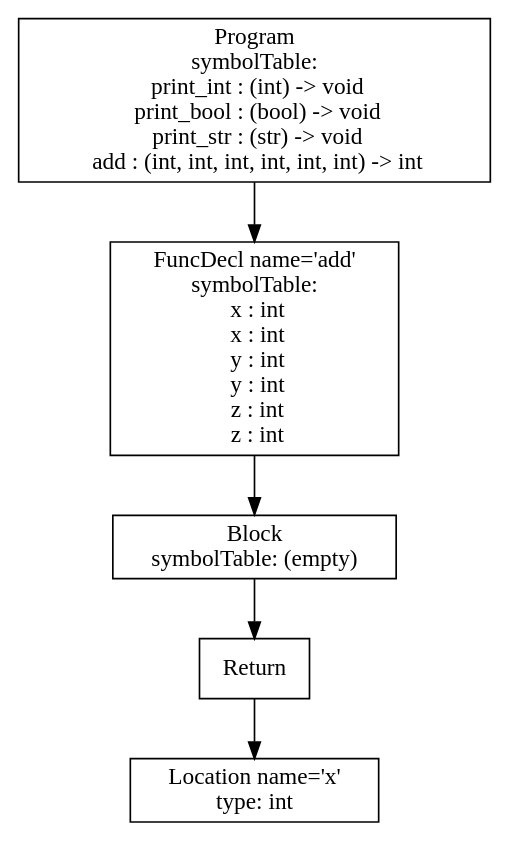
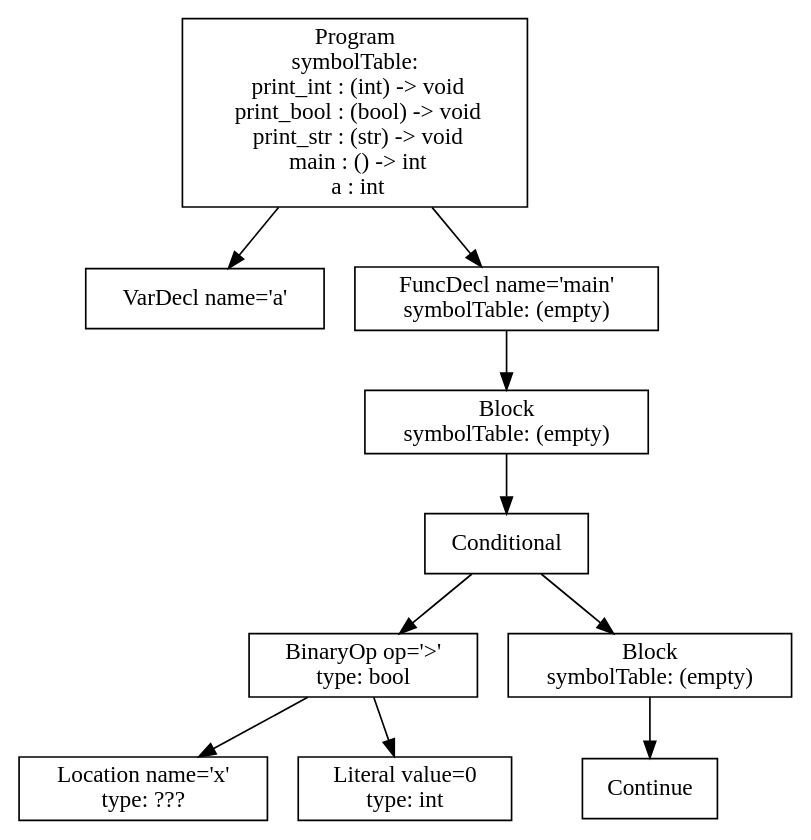
Before and after one commit to atrim11/CS432: the diagram in p3-analysis/tree.dot, drawn with Graphviz. The commit also changed 132 other files, not shown here.

```diff
--- a/p3-analysis/tree.dot
+++ b/p3-analysis/tree.dot
@@ -1,11 +1,21 @@
 digraph AST {
-4 [shape=box, label="Location name='x'\ntype: int"];
-3 [shape=box, label="Return"];
+1 [shape=box, label="VarDecl name='a'"];
+6 [shape=box, label="Location name='x'\ntype: ???"];
+7 [shape=box, label="Literal value=0\ntype: int"];
+5 [shape=box, label="BinaryOp op='>'\ntype: bool"];
+5 -> 6;
+5 -> 7;
+9 [shape=box, label="Continue"];
+8 [shape=box, label="Block\nsymbolTable: (empty)"];
+8 -> 9;
+4 [shape=box, label="Conditional"];
+4 -> 5;
+4 -> 8;
+3 [shape=box, label="Block\nsymbolTable: (empty)"];
 3 -> 4;
-2 [shape=box, label="Block\nsymbolTable: (empty)"];
+2 [shape=box, label="FuncDecl name='main'\nsymbolTable: (empty)"];
 2 -> 3;
-1 [shape=box, label="FuncDecl name='add'\nsymbolTable: \n  x : int\n  x : int\n  y : int\n  y : int\n  z : int\n  z : int"];
-1 -> 2;
-0 [shape=box, label="Program\nsymbolTable: \n  print_int : (int) -> void\n  print_bool : (bool) -> void\n  print_str : (str) -> void\n  add : (int, int, int, int, int, int) -> int"];
+0 [shape=box, label="Program\nsymbolTable: \n  print_int : (int) -> void\n  print_bool : (bool) -> void\n  print_str : (str) -> void\n  main : () -> int\n  a : int"];
 0 -> 1;
+0 -> 2;
 }
```
